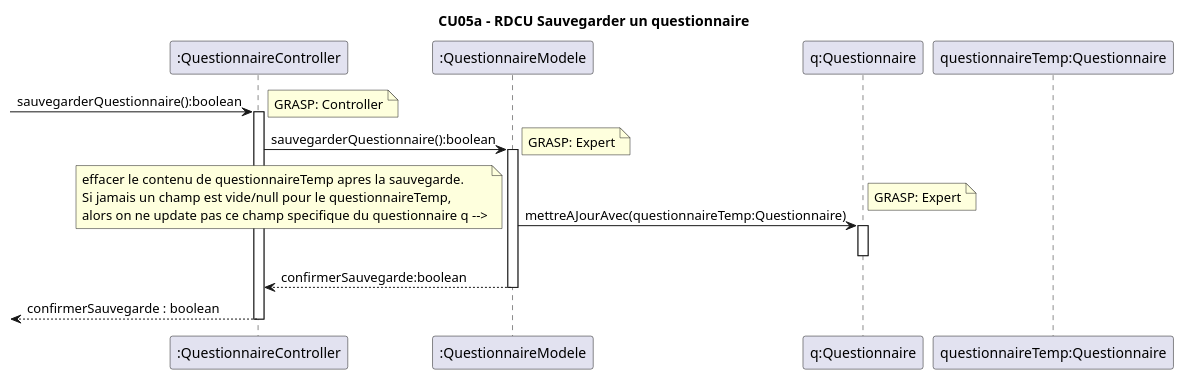
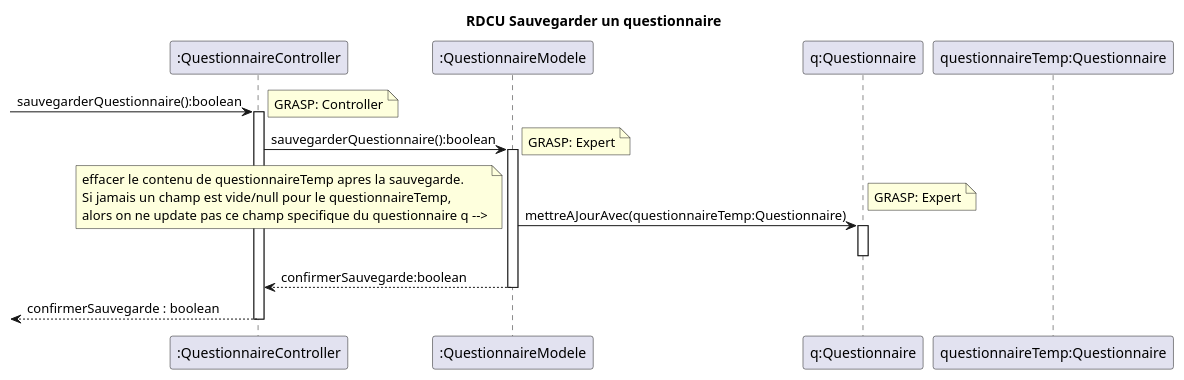
Before and after one commit to xMrYahya/moodle-clone: the diagram in docs/modeles/cu05/rdcu-sauvegarder-questionnaire.puml, drawn with PlantUML. The commit also changed 14 other files, not shown here.

Commit message:
fix de noms de diagrammes

```diff
--- a/docs/modeles/cu05/rdcu-sauvegarder-questionnaire.puml
+++ b/docs/modeles/cu05/rdcu-sauvegarder-questionnaire.puml
@@ -1,27 +1,27 @@
 @startuml
-title CU05a - RDCU Sauvegarder un questionnaire
+title RDCU Sauvegarder un questionnaire
 
 participant ":QuestionnaireController" as controller
 participant ":QuestionnaireModele" as questionnaireModele
 participant "q:Questionnaire" as questionnaire
 participant "questionnaireTemp:Questionnaire"
 
 -> controller : sauvegarderQuestionnaire():boolean
 note right: GRASP: Controller
 activate controller
 controller -> questionnaireModele ++: sauvegarderQuestionnaire():boolean
 note right: GRASP: Expert
 questionnaireModele -> questionnaire ++: mettreAJourAvec(questionnaireTemp:Questionnaire)
 note right: GRASP: Expert
 deactivate questionnaire
 note bottom 
 effacer le contenu de questionnaireTemp apres la sauvegarde.
 Si jamais un champ est vide/null pour le questionnaireTemp,
 alors on ne update pas ce champ specifique du questionnaire q -->
 end note
 questionnaireModele --> controller : confirmerSauvegarde:boolean
 deactivate questionnaireModele
 <-- controller : confirmerSauvegarde : boolean
 deactivate controller
 
 @enduml
```
